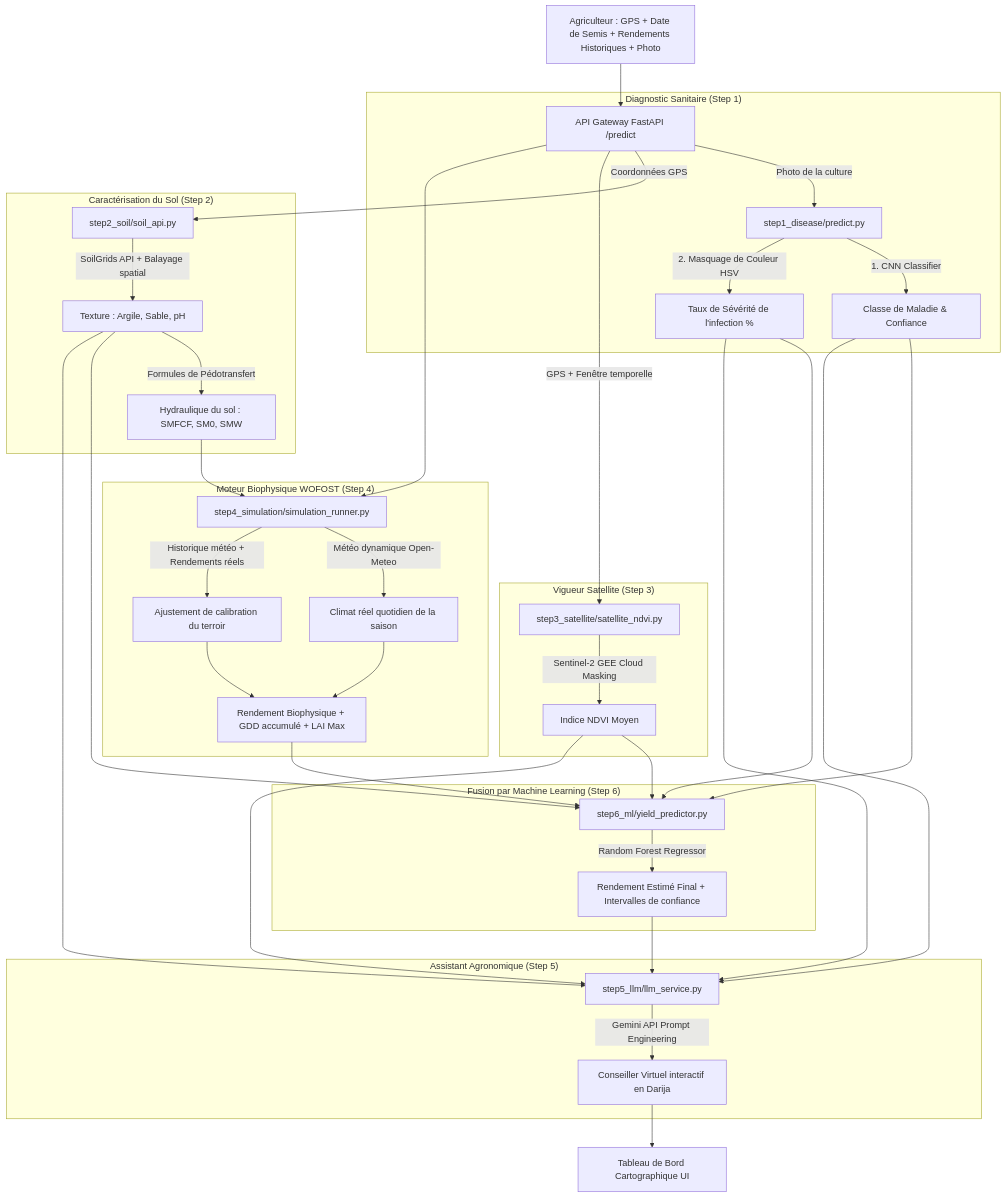
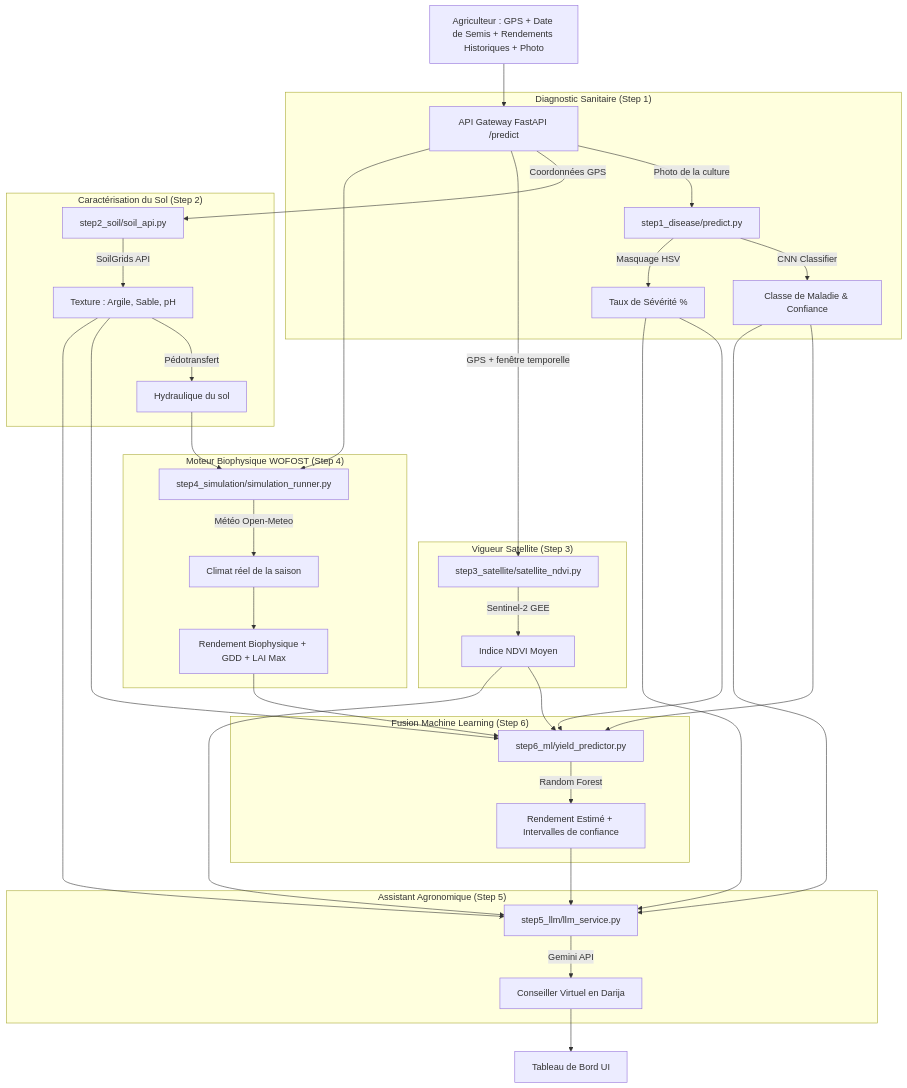
One commit to samya818/terroirai changed the diagram in README.md. Above: the diagram before and after it, drawn with Mermaid. The commit also changed other lines of this file, not shown here.

````diff
--- a/README.md
+++ b/README.md
@@ -59,40 +89,39 @@
 ```mermaid
 graph TD
     A[Agriculteur : GPS + Date de Semis + Rendements Historiques + Photo] --> B[API Gateway FastAPI /predict]
-    
+
     subgraph "Diagnostic Sanitaire (Step 1)"
         B -->|Photo de la culture| C[step1_disease/predict.py]
-        C -->|1. CNN Classifier| C1[Classe de Maladie & Confiance]
-        C -->|2. Masquage de Couleur HSV| C2[Taux de Sévérité de l'infection %]
+        C -->|CNN Classifier| C1[Classe de Maladie & Confiance]
+        C -->|Masquage HSV| C2[Taux de Sévérité %]
     end
-    
+
     subgraph "Caractérisation du Sol (Step 2)"
         B -->|Coordonnées GPS| D[step2_soil/soil_api.py]
-        D -->|SoilGrids API + Balayage spatial| D1[Texture : Argile, Sable, pH]
-        D1 -->|Formules de Pédotransfert| D2[Hydraulique du sol : SMFCF, SM0, SMW]
+        D -->|SoilGrids API| D1[Texture : Argile, Sable, pH]
+        D1 -->|Pédotransfert| D2[Hydraulique du sol]
     end
-    
+
     subgraph "Vigueur Satellite (Step 3)"
-        B -->|GPS + Fenêtre temporelle| E[step3_satellite/satellite_ndvi.py]
-        E -->|Sentinel-2 GEE Cloud Masking| E1[Indice NDVI Moyen]
+        B -->|GPS + fenêtre temporelle| E[step3_satellite/satellite_ndvi.py]
+        E -->|Sentinel-2 GEE| E1[Indice NDVI Moyen]
     end
-    
+
     subgraph "Moteur Biophysique WOFOST (Step 4)"
         D2 & B --> F[step4_simulation/simulation_runner.py]
-        F -->|Météo dynamique Open-Meteo| F1[Climat réel quotidien de la saison]
-        F -->|Historique météo + Rendements réels| F2[Ajustement de calibration du terroir]
-        F1 & F2 --> F3[Rendement Biophysique + GDD accumulé + LAI Max]
+        F -->|Météo Open-Meteo| F1[Climat réel de la saison]
+        F1 --> F3[Rendement Biophysique + GDD + LAI Max]
     end
-    
-    subgraph "Fusion par Machine Learning (Step 6)"
+
+    subgraph "Fusion Machine Learning (Step 6)"
         C1 & C2 & D1 & E1 & F3 --> G[step6_ml/yield_predictor.py]
-        G -->|Random Forest Regressor| G1[Rendement Estimé Final + Intervalles de confiance]
+        G -->|Random Forest| G1[Rendement Estimé + Intervalles de confiance]
     end
-    
+
     subgraph "Assistant Agronomique (Step 5)"
         G1 & C1 & C2 & D1 & E1 --> H[step5_llm/llm_service.py]
-        H -->|Gemini API Prompt Engineering| I[Conseiller Virtuel interactif en Darija]
+        H -->|Gemini API| I[Conseiller Virtuel en Darija]
     end
-    
-    I --> J[Tableau de Bord Cartographique UI]
+
+    I --> J[Tableau de Bord UI]
 ```
````
